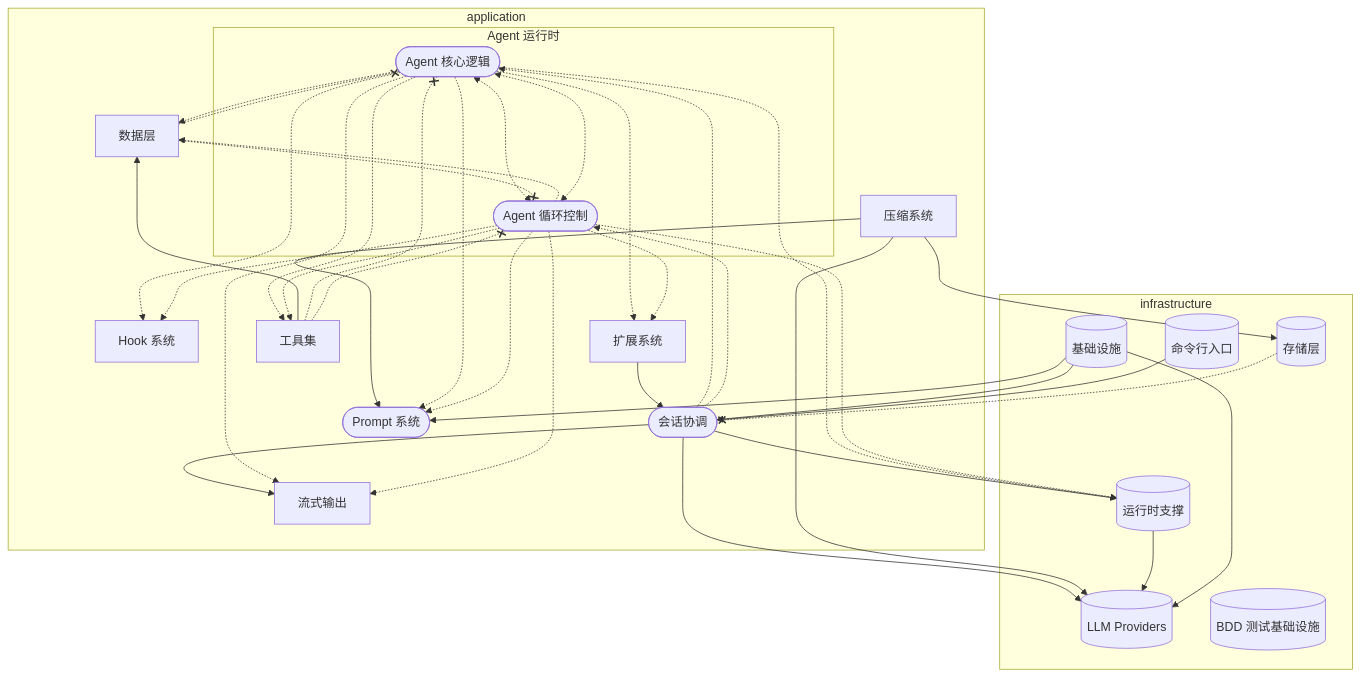
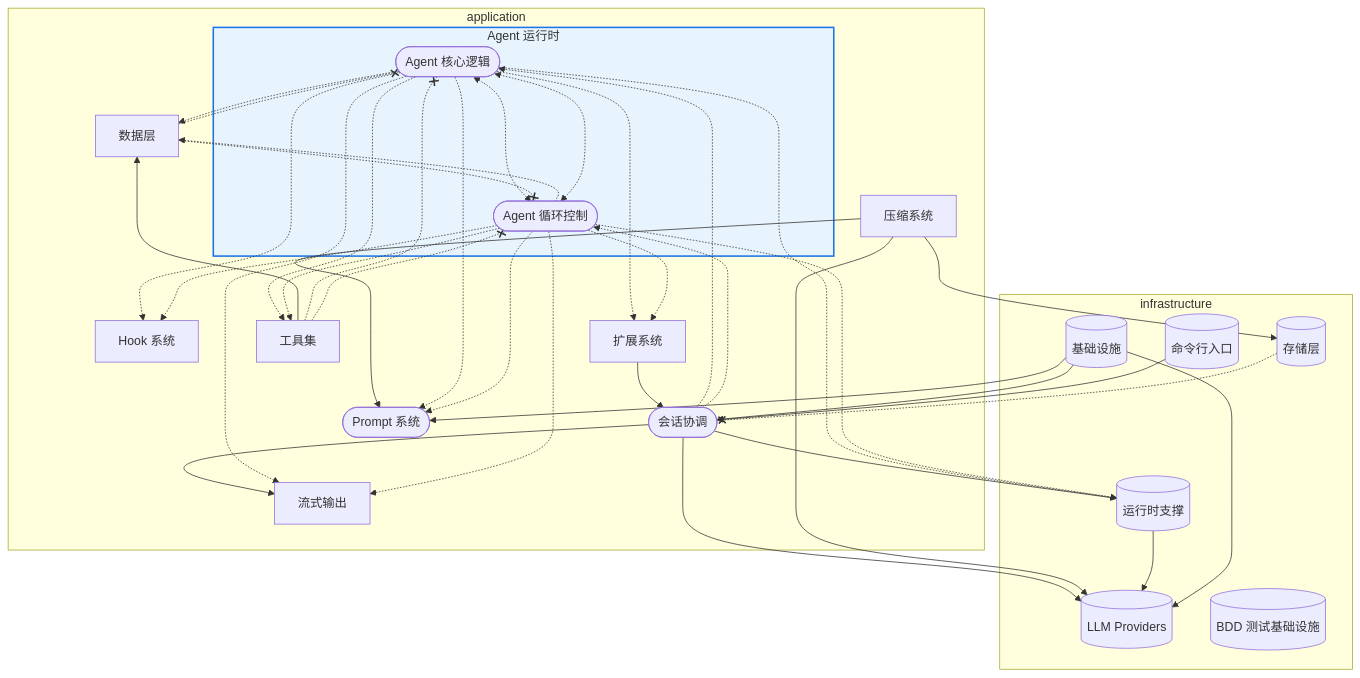
Before and after one commit to biantaishabi2/Cli: the diagram in compiler/bcc/examples/cross-project-arch-comparison/projects/gong/seed-v4.mermaid.md, drawn with Mermaid. The commit also changed other lines of this file and 1 other file, not shown here.

Commit message:
fix: export-mermaid 父模块 subgraph 蓝色高亮 (#444)

````diff
--- a/compiler/bcc/examples/cross-project-arch-comparison/projects/gong/seed-v4.mermaid.md
+++ b/compiler/bcc/examples/cross-project-arch-comparison/projects/gong/seed-v4.mermaid.md
@@ -9,62 +9,63 @@
 ```mermaid
 graph TD
   subgraph application["application"]
     subgraph AGENT["Agent 运行时"]
       AGENT_CORE(["Agent 核心逻辑"])
       AGENT_LOOP(["Agent 循环控制"])
     end
     SESSION(["会话协调"])
     PROMPT(["Prompt 系统"])
     HOOK["Hook 系统"]
     COMPACTION["压缩系统"]
     EXTENSIONS["扩展系统"]
     STREAM["流式输出"]
     TOOLS["工具集"]
     DATA["数据层"]
   end
   subgraph infrastructure["infrastructure"]
     PROVIDERS[("LLM Providers")]
     RUNTIME[("运行时支撑")]
     TAPE[("存储层")]
     INFRA[("基础设施")]
     CLI[("命令行入口")]
     BDD[("BDD 测试基础设施")]
   end
+  style AGENT fill:#e8f4fd,stroke:#1a73e8,stroke-width:2px,stroke-dasharray:none
 
   SESSION --> STREAM
   SESSION --> RUNTIME
   SESSION --> PROVIDERS
   COMPACTION --> PROVIDERS
   COMPACTION --> PROMPT
   COMPACTION --> TAPE
   EXTENSIONS --> SESSION
   TOOLS --> DATA
   RUNTIME --> PROVIDERS
   INFRA --> PROVIDERS
   INFRA --> PROMPT
   INFRA --> SESSION
   CLI --> SESSION
   AGENT_CORE -.-> PROMPT
   AGENT_LOOP -.-> PROMPT
   AGENT_CORE -.-> DATA
   AGENT_LOOP -.-> DATA
   AGENT_CORE -.-> TOOLS
   AGENT_LOOP -.-> TOOLS
   AGENT_CORE -.-> HOOK
   AGENT_LOOP -.-> HOOK
   AGENT_CORE -.-> EXTENSIONS
   AGENT_LOOP -.-> EXTENSIONS
   AGENT_CORE -.-> RUNTIME
   AGENT_LOOP -.-> RUNTIME
   AGENT_CORE -.-> STREAM
   AGENT_LOOP -.-> STREAM
   SESSION -.-> AGENT_CORE
   SESSION -.-> AGENT_LOOP
   AGENT_CORE <-.-> AGENT_LOOP
   AGENT_LOOP <-.-> AGENT_CORE
   TAPE -.-x SESSION
   DATA -.-x AGENT_CORE
   DATA -.-x AGENT_LOOP
   TOOLS -.-x AGENT_CORE
   TOOLS -.-x AGENT_LOOP
 ```
````
